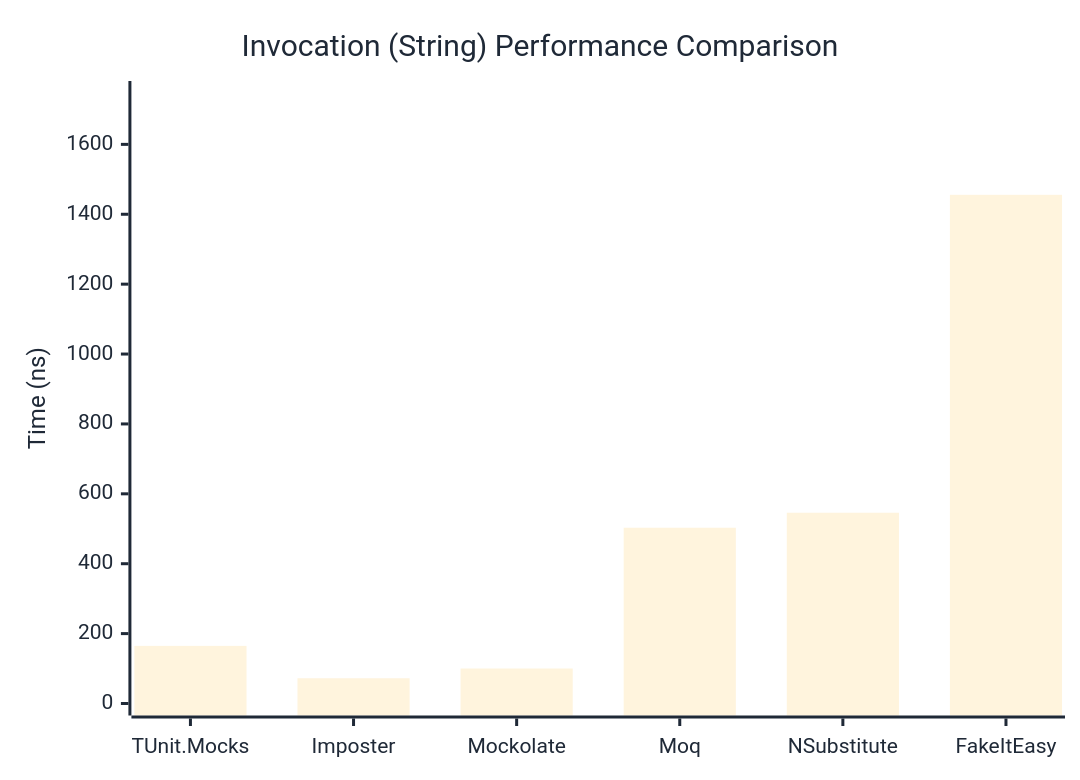
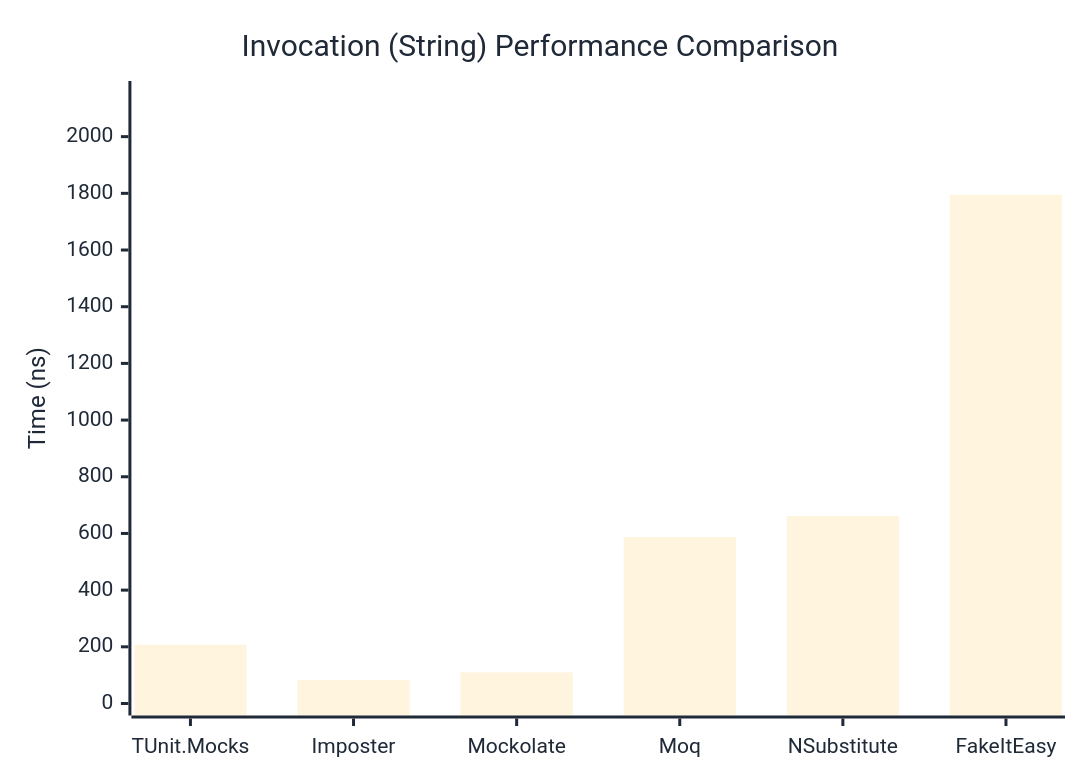
Before and after one commit to thomhurst/TUnit: the second of 3 diagrams in docs/docs/benchmarks/mocks/Invocation.md, drawn with Mermaid. The commit also changed other lines of this file and 14 other files, not shown here.

````diff
--- a/docs/docs/benchmarks/mocks/Invocation.md
+++ b/docs/docs/benchmarks/mocks/Invocation.md
@@ -71,27 +71,27 @@
 ```mermaid
 %%{init: {
   'theme':'base',
   'themeVariables': {
     'primaryColor': '#2563eb',
     'primaryTextColor': '#1f2937',
     'primaryBorderColor': '#1e40af',
     'lineColor': '#6b7280',
     'secondaryColor': '#7c3aed',
     'tertiaryColor': '#dc2626',
     'background': '#ffffff',
     'pie1': '#2563eb',
     'pie2': '#7c3aed',
     'pie3': '#dc2626',
     'pie4': '#f59e0b',
     'pie5': '#10b981',
     'pie6': '#06b6d4',
     'pie7': '#ec4899',
     'pie8': '#6366f1'
   }
 }}%%
 xychart-beta
   title "Invocation (String) Performance Comparison"
   x-axis ["TUnit.Mocks", "Imposter", "Mockolate", "Moq", "NSubstitute", "FakeItEasy"]
-  y-axis "Time (ns)" 0 --> 1747
-  bar [164.9, 72.28, 100.12, 503.01, 545.92, 1455.63]
+  y-axis "Time (ns)" 0 --> 2154
+  bar [207.4, 83.43, 109.87, 587.53, 661.64, 1794.79]
 ```
````
